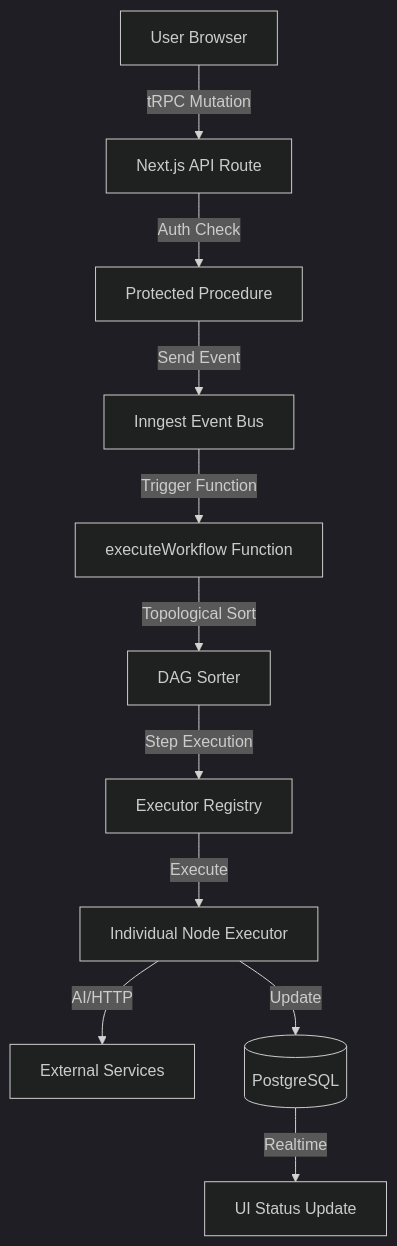
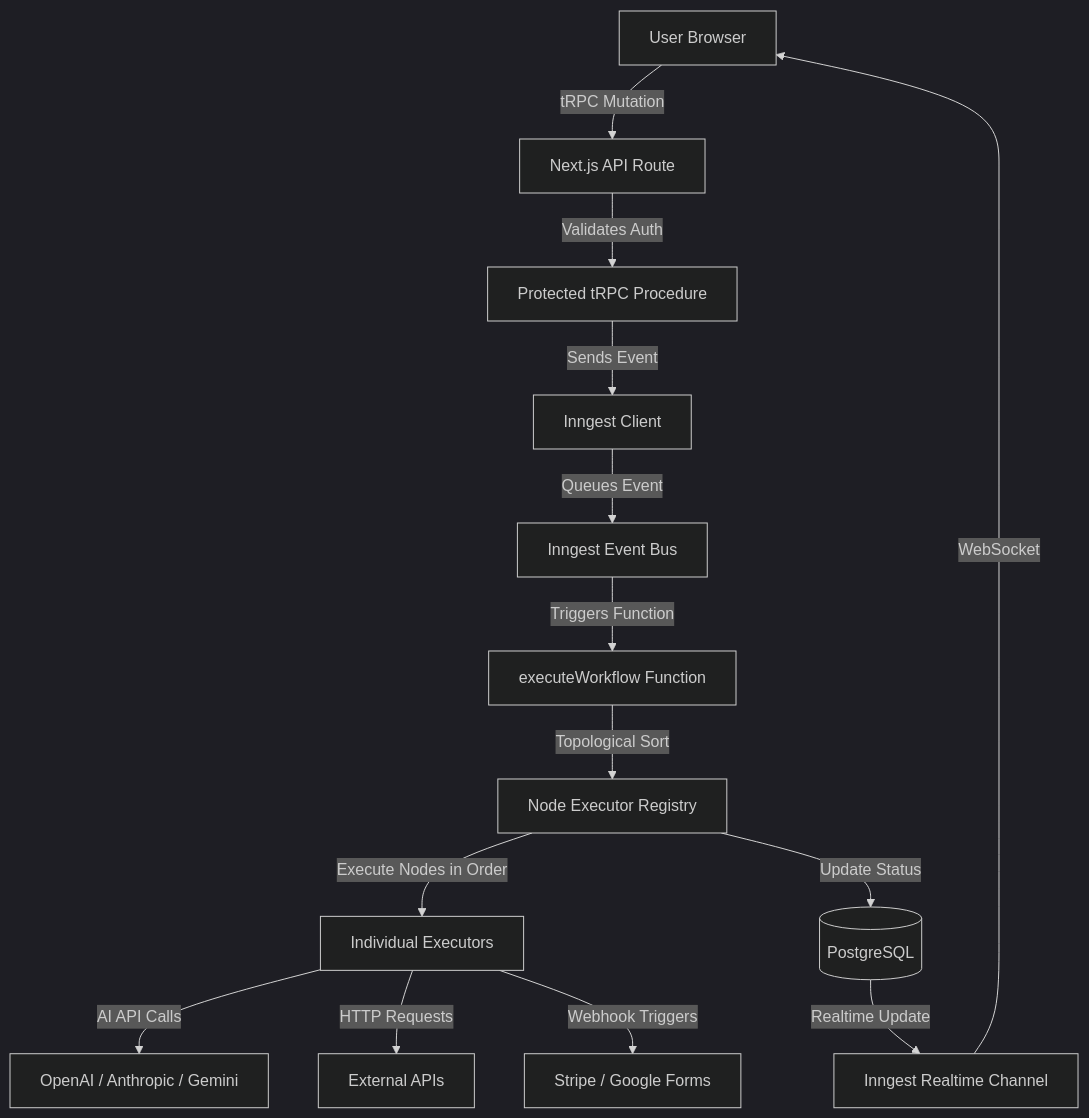
One commit to Nemathullahkhan/Zerak changed the second of 10 diagrams in README.md. Above: the diagram before and after it, drawn with Mermaid (dark theme). The commit also changed other lines of this file, not shown here.

````diff
--- a/README.md
+++ b/README.md
@@ -38,13 +53,16 @@
 ```mermaid
 graph TD
-  User[User Browser] -->|tRPC Mutation| API[Next.js API Route]
-  API -->|Auth Check| TRPC[Protected Procedure]
-  TRPC -->|Send Event| Inngest[Inngest Event Bus]
-  Inngest -->|Trigger Function| Exec[executeWorkflow Function]
-  Exec -->|Topological Sort| Sort[DAG Sorter]
-  Sort -->|Step Execution| Reg[Executor Registry]
-  Reg -->|Execute| Node[Individual Node Executor]
-  Node -->|AI/HTTP| Ext[External Services]
-  Node -->|Update| DB[(PostgreSQL)]
-  DB -->|Realtime| UI[UI Status Update]
+    A["User Browser"] -->|tRPC Mutation| B["Next.js API Route"]
+    B -->|Validates Auth| C["Protected tRPC Procedure"]
+    C -->|Sends Event| D["Inngest Client"]
+    D -->|Queues Event| E["Inngest Event Bus"]
+    E -->|Triggers Function| F["executeWorkflow Function"]
+    F -->|Topological Sort| G["Node Executor Registry"]
+    G -->|Execute Nodes in Order| H["Individual Executors"]
+    H -->|AI API Calls| I["OpenAI / Anthropic / Gemini"]
+    H -->|HTTP Requests| J["External APIs"]
+    H -->|Webhook Triggers| K["Stripe / Google Forms"]
+    G -->|Update Status| L[("PostgreSQL")]
+    L -->|Realtime Update| M["Inngest Realtime Channel"]
+    M -->|WebSocket| A
 ```
````
